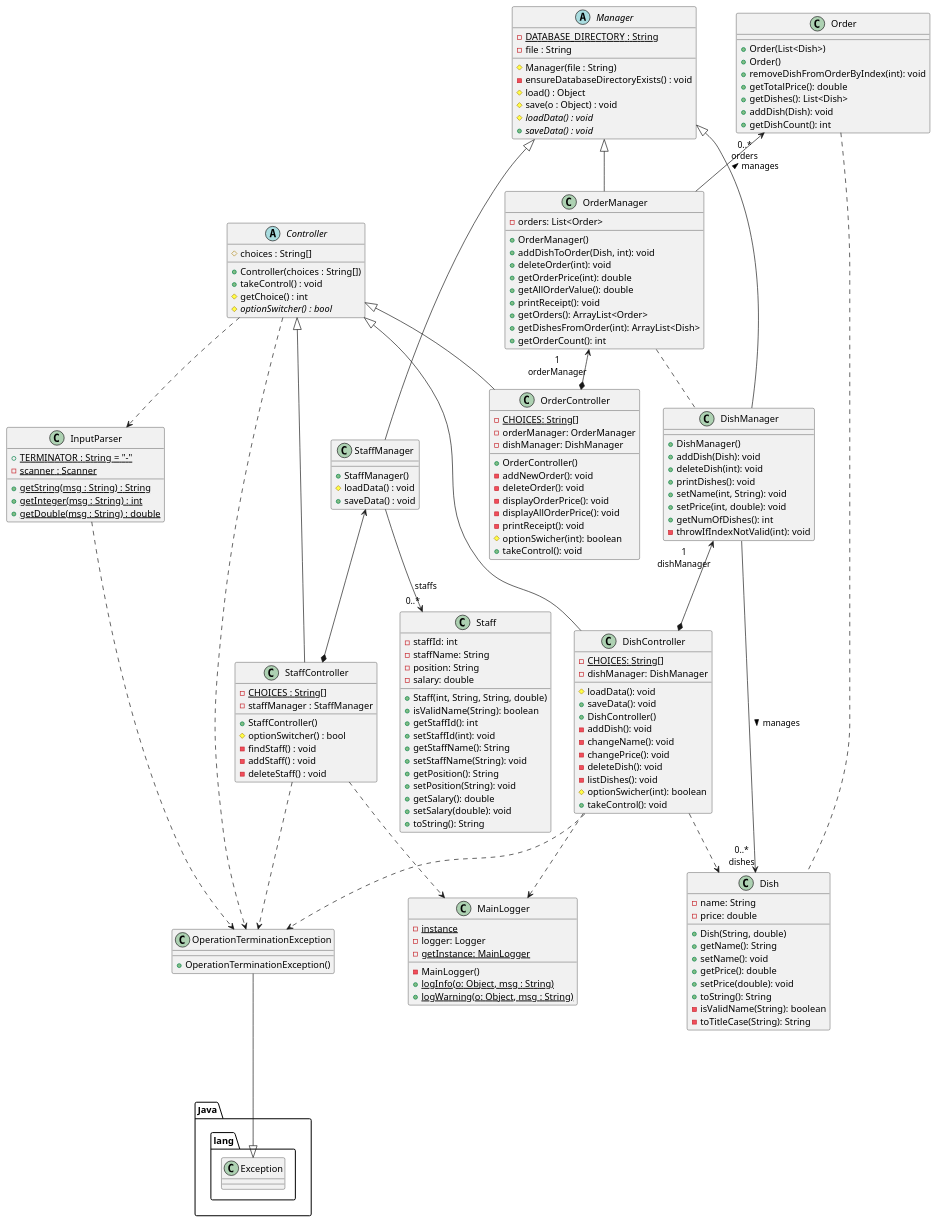
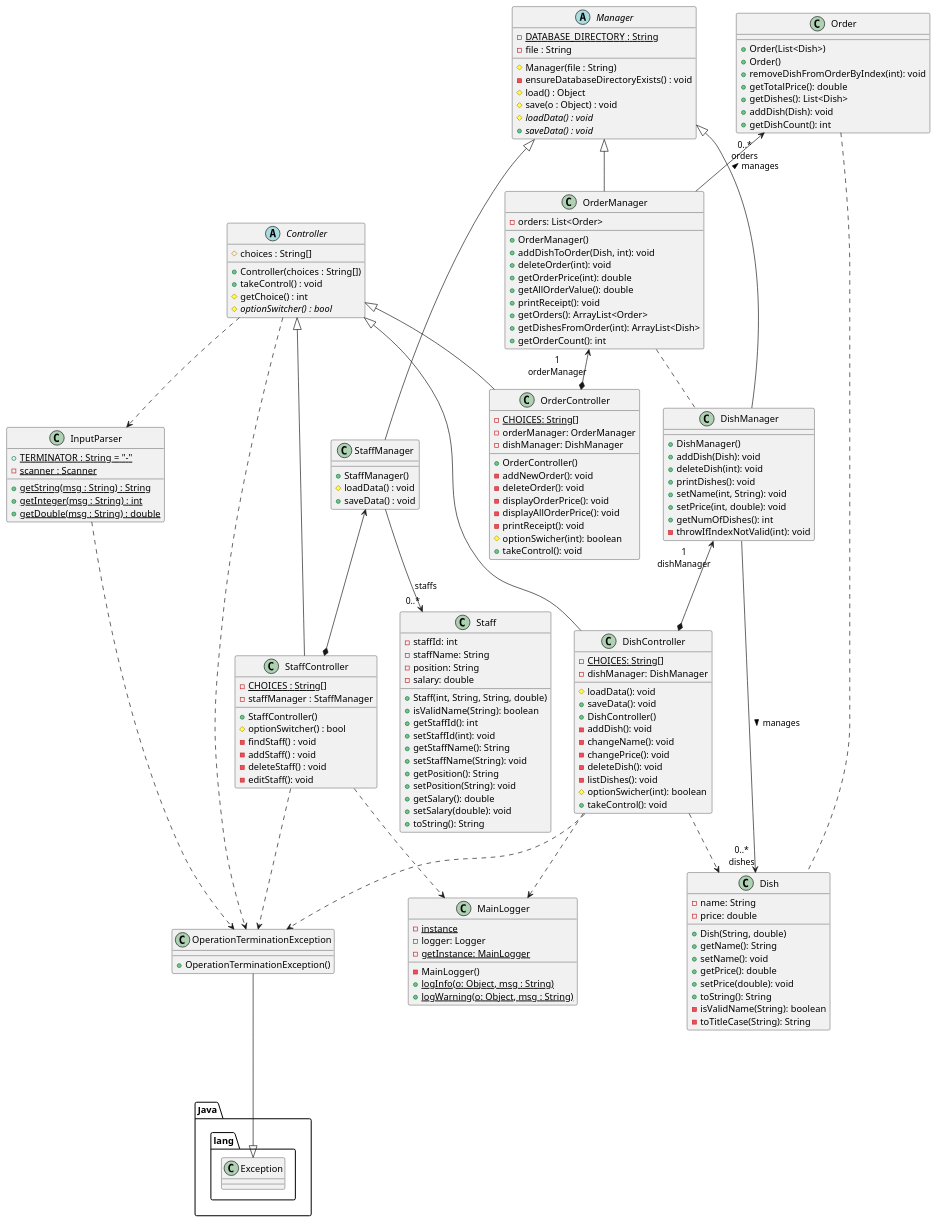
The diagram in docs/uml/class/all.puml (nus-cs2113-AY2122S2/tp), drawn with PlantUML before and after one commit. The commit also changed 5 other files, not shown here.

```diff
--- a/docs/uml/class/all.puml
+++ b/docs/uml/class/all.puml
@@ -1,185 +1,186 @@
 @startuml
 abstract class Manager {
 -{static}DATABASE_DIRECTORY : String
 -file : String
 #Manager(file : String)
 -ensureDatabaseDirectoryExists() : void
 #load() : Object
 #save(o : Object) : void
 #{abstract}loadData() : void
 +{abstract}saveData() : void
 }
 
 class StaffManager {
 +StaffManager()
 #loadData() : void
 +saveData() : void
 }
 
 abstract class Controller {
 #choices : String[]
 +Controller(choices : String[])
 +takeControl() : void
 #getChoice() : int
 #{abstract}optionSwitcher() : bool
 }
 
 class StaffController {
 -{static}CHOICES : String[]
 -staffManager : StaffManager
 +StaffController()
 #optionSwitcher() : bool
 -findStaff() : void
 -addStaff() : void
 -deleteStaff() : void
+-editStaff(): void
 }
 
 class Staff {
     -staffId: int
     -staffName: String
     -position: String
     -salary: double
     +Staff(int, String, String, double)
     +isValidName(String): boolean
     +getStaffId(): int
     +setStaffId(int): void
     +getStaffName(): String
     +setStaffName(String): void
     +getPosition(): String
     +setPosition(String): void
     +getSalary(): double
     +setSalary(double): void
     +toString(): String
 }
 
 class InputParser {
 +{static}TERMINATOR : String = "-"
 -{static}scanner : Scanner
 +{static}getString(msg : String) : String
 +{static}getInteger(msg : String) : int
 +{static}getDouble(msg : String) : double
 }
 
 class Dish {
     -name: String
     -price: double
     +Dish(String, double)
     +getName(): String
     +setName(): void
     +getPrice(): double
     +setPrice(double): void
     +toString(): String
     -isValidName(String): boolean
     -toTitleCase(String): String
 }
 
 class DishManager {
     +DishManager()
     +addDish(Dish): void
     +deleteDish(int): void
     +printDishes(): void
     +setName(int, String): void
     +setPrice(int, double): void
     +getNumOfDishes(): int
     -throwIfIndexNotValid(int): void
 }
 
 class DishController {
     -{static}CHOICES: String[]
     -dishManager: DishManager
     #loadData(): void
     +saveData(): void
     +DishController()
     -addDish(): void
     -changeName(): void
     -changePrice(): void
     -deleteDish(): void
     -listDishes(): void
     #optionSwicher(int): boolean
     +takeControl(): void
 }
 
 class MainLogger {
     -{static}instance
     -logger: Logger
     -MainLogger()
     -{static}getInstance: MainLogger
     +{static}logInfo(o: Object, msg : String)
     +{static}logWarning(o: Object, msg : String)
 }
 
 class OperationTerminationException {
     +OperationTerminationException()
 }
 
 'Exception
 OperationTerminationException ---|> Java.lang.Exception
 InputParser ..> OperationTerminationException
 Controller ..> OperationTerminationException
 StaffController ..> OperationTerminationException
 DishController ..> OperationTerminationException
 
 'Logger
 DishController ..> MainLogger
 StaffController ..> MainLogger
 
 class Order {
     +Order(List<Dish>)
     +Order()
     +removeDishFromOrderByIndex(int): void
     +getTotalPrice(): double
     +getDishes(): List<Dish>
     +addDish(Dish): void
     +getDishCount(): int
 }
 
 class OrderManager {
     -orders: List<Order>
     +OrderManager()
     +addDishToOrder(Dish, int): void
     +deleteOrder(int): void
     +getOrderPrice(int): double
     +getAllOrderValue(): double
     +printReceipt(): void
     +getOrders(): ArrayList<Order>
     +getDishesFromOrder(int): ArrayList<Dish>
     +getOrderCount(): int
 }
 
 class OrderController {
     -{static}CHOICES: String[]
     -orderManager: OrderManager
     -dishManager: DishManager
     +OrderController()
     -addNewOrder(): void
     -deleteOrder(): void
     -displayOrderPrice(): void
     -displayAllOrderPrice(): void
     -printReceipt(): void
     #optionSwicher(int): boolean
     +takeControl(): void
 }
 
 'Staff relations
 Manager <|--- StaffManager
 StaffManager <--* StaffController
 Controller <|--- StaffController
 Controller ..> InputParser
 StaffManager --> "0..*" Staff : staffs
 
 'Dish relations
 Manager <|-- DishManager
 Controller <|-- DishController
 Dish "0..*\ndishes" <-- DishManager: manages <
 DishManager "1\ndishManager" <--* DishController
 DishController .-> Dish
 
 'Order relations
 Manager <|-- OrderManager
 Controller <|-- OrderController
 Order "0..*\norders" <-- OrderManager: manages <
 OrderManager "1\norderManager" <--* OrderController
 OrderManager .. DishManager
 Order .. Dish
 
 @enduml
```
